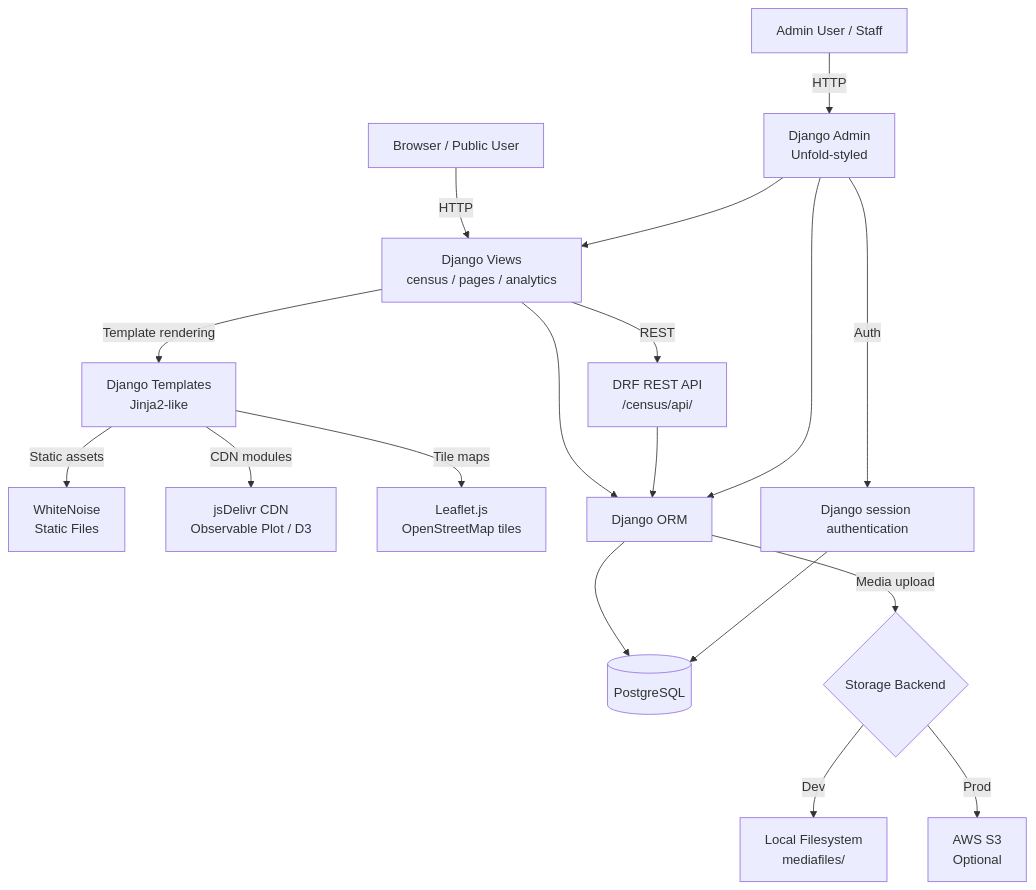
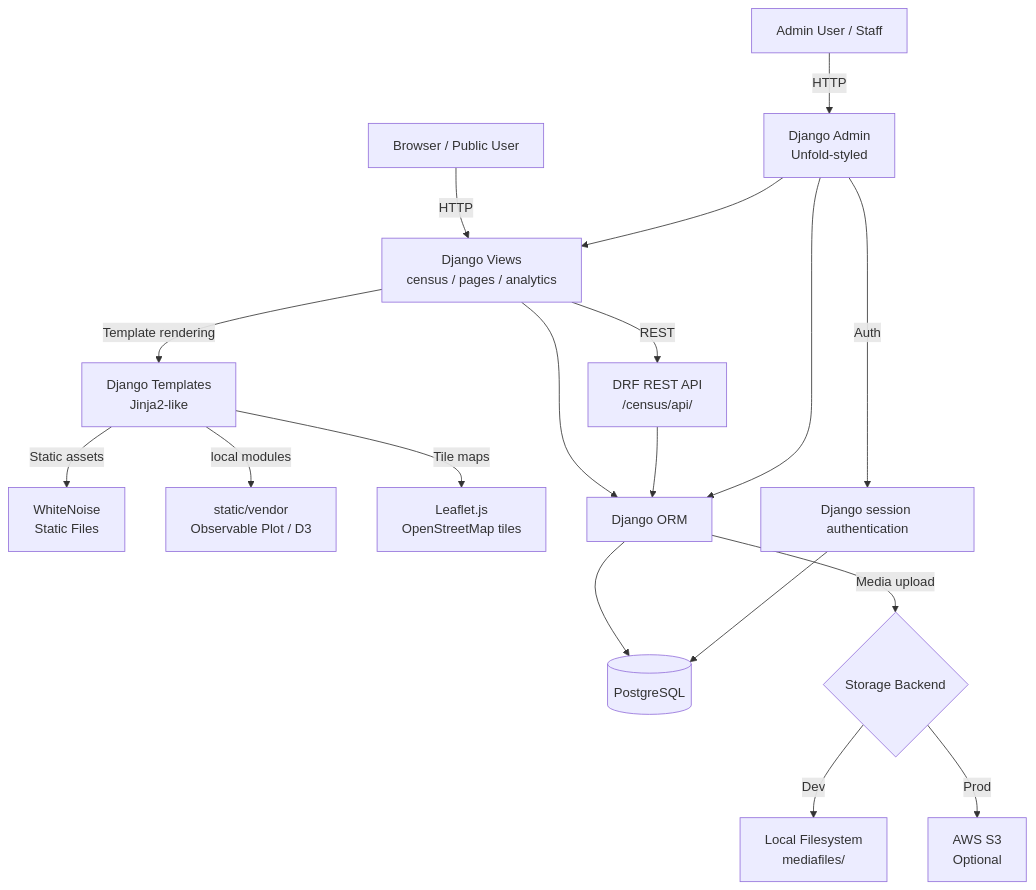
One commit to chnm/relec-django changed the first of 2 diagrams in AGENTS.md. Above: the diagram before and after it, drawn with Mermaid. The commit also changed other lines of this file and 45 other files, not shown here.

````diff
--- a/AGENTS.md
+++ b/AGENTS.md
@@ -267,29 +267,29 @@
 ```mermaid
 graph TD
     Browser[Browser / Public User]
     Admin[Admin User / Staff]
 
     Browser -->|HTTP| DjangoViews[Django Views\ncensus / pages / analytics]
     Admin -->|HTTP| DjangoAdmin[Django Admin\nUnfold-styled]
 
     DjangoViews -->|Template rendering| Templates[Django Templates\nJinja2-like]
     DjangoViews -->|REST| DRFAPI[DRF REST API\n/census/api/]
     DjangoAdmin --> DjangoViews
 
     Templates -->|Static assets| WhiteNoise[WhiteNoise\nStatic Files]
-    Templates -->|CDN modules| CDN[jsDelivr CDN\nObservable Plot / D3]
+    Templates -->|local modules| Vendor[static/vendor\nObservable Plot / D3]
     Templates -->|Tile maps| Leaflet[Leaflet.js\nOpenStreetMap tiles]
 
     DjangoViews --> ORM[Django ORM]
     DRFAPI --> ORM
     DjangoAdmin --> ORM
 
     ORM --> PostgreSQL[(PostgreSQL)]
 
     ORM -->|Media upload| Storage{Storage Backend}
     Storage -->|Dev| LocalFS[Local Filesystem\nmediafiles/]
     Storage -->|Prod| S3[AWS S3\nOptional]
 
     DjangoAdmin -->|Auth| DjangoAuth[Django session authentication]
     DjangoAuth --> PostgreSQL
 ```
````
